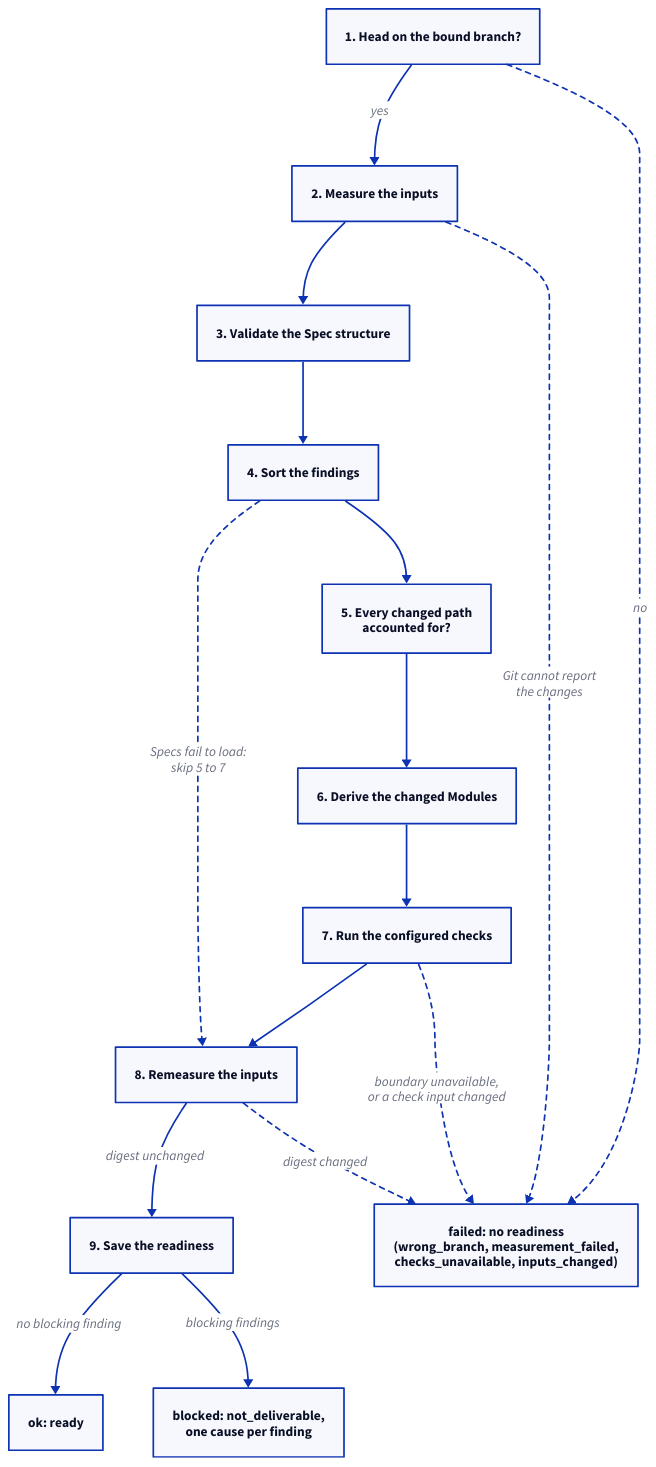
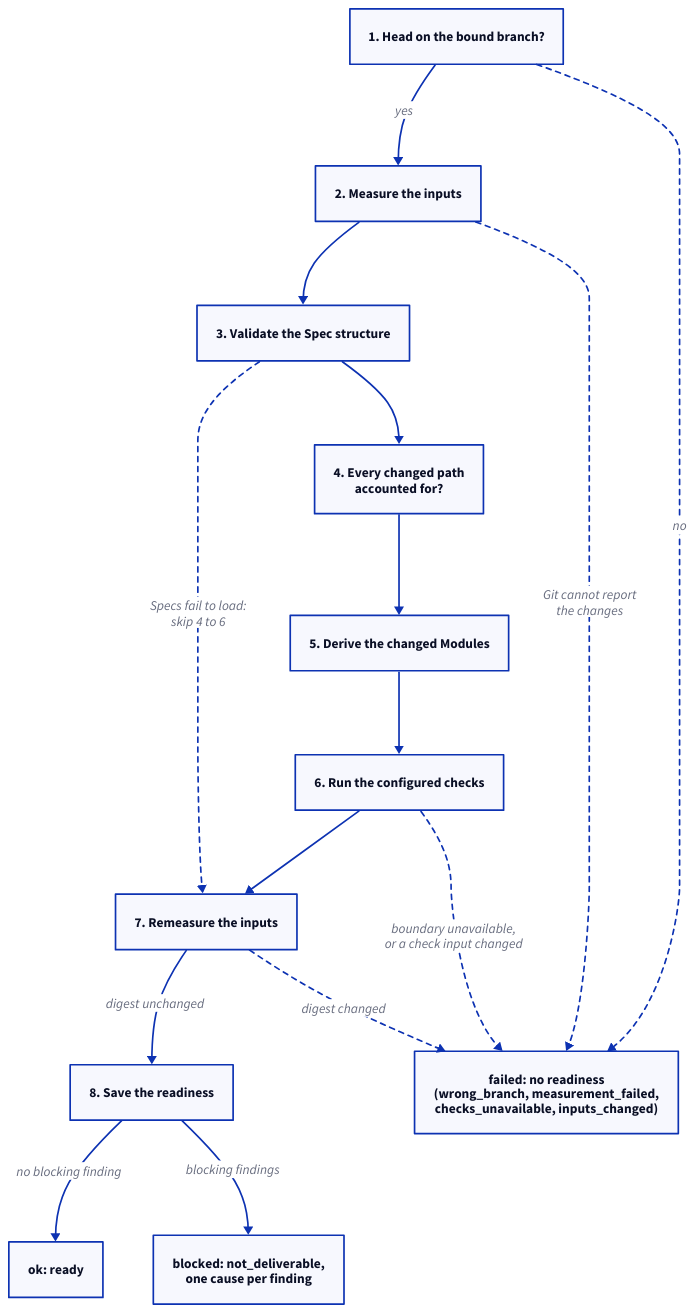
One commit to FTOD/concorde changed the diagram in specs/concorde/execution/commands/validation/module.md. Above: the diagram before and after it, drawn with D2. The commit also changed other lines of this file and 128 other files, not shown here.

````diff
--- a/specs/concorde/execution/commands/validation/module.md
+++ b/specs/concorde/execution/commands/validation/module.md
@@ -55,25 +54,24 @@
 ```d2 illustrative
 direction: down
 branch: "1. Head on the bound branch?"
 measure: "2. Measure the inputs"
 structure: "3. Validate the Spec structure"
-sort: "4. Sort the findings"
-paths: "5. Every changed path\naccounted for?"
-modules: "6. Derive the changed Modules"
-checks: "7. Run the configured checks"
-remeasure: "8. Remeasure the inputs"
-save: "9. Save the readiness"
+paths: "4. Every changed path\naccounted for?"
+modules: "5. Derive the changed Modules"
+checks: "6. Run the configured checks"
+remeasure: "7. Remeasure the inputs"
+save: "8. Save the readiness"
 ok: "ok: ready"
 blocked: "blocked: not_deliverable,\none cause per finding"
 failed: "failed: no readiness\n(wrong_branch, measurement_failed,\nchecks_unavailable, inputs_changed)"
 branch -> measure: yes
-measure -> structure -> sort -> paths -> modules -> checks -> remeasure
-sort -> remeasure: "Specs fail to load:\nskip 5 to 7" {style.stroke-dash: 3}
+measure -> structure -> paths -> modules -> checks -> remeasure
+structure -> remeasure: "Specs fail to load:\nskip 4 to 6" {style.stroke-dash: 3}
 remeasure -> save: "digest unchanged"
 save -> ok: "no blocking finding"
 save -> blocked: "blocking findings"
 branch -> failed: no {style.stroke-dash: 3}
 measure -> failed: "Git cannot report\nthe changes" {style.stroke-dash: 3}
 checks -> failed: "boundary unavailable,\nor a check input changed" {style.stroke-dash: 3}
 remeasure -> failed: "digest changed" {style.stroke-dash: 3}
 ```
````
